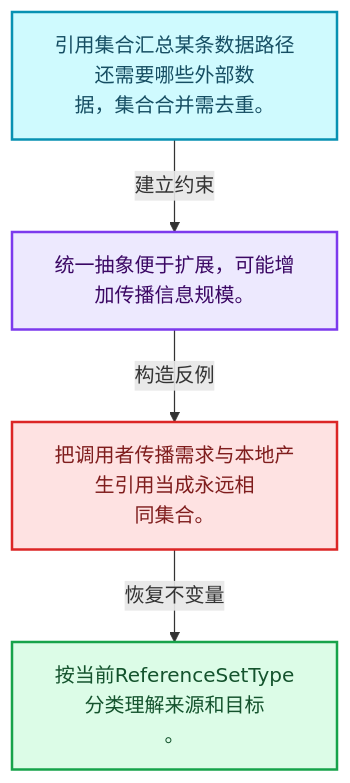
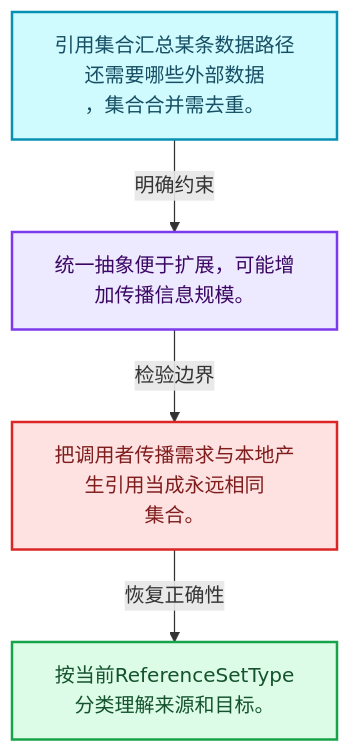
Before and after one commit to yunkezengren/blender-.vscode: the first of 4 diagrams in 杂/markdown/全面学习-codex/10-引用生命周期与Closure/02-GeometryNodesReferenceSet.md, drawn with Mermaid. The commit also changed other lines of this file and 1930 other files, not shown here.

````diff
--- a/杂/markdown/全面学习-codex/10-引用生命周期与Closure/02-GeometryNodesReferenceSet.md
+++ b/杂/markdown/全面学习-codex/10-引用生命周期与Closure/02-GeometryNodesReferenceSet.md
@@ -29,16 +29,16 @@
 ```mermaid
 flowchart TB
-  M["引用集合汇总某条数据路径还需要哪些外部数<br/>据，集合合并需去重。"]:::data
-  T["统一抽象便于扩展，可能增加传播信息规模。"]:::abstraction
-  X["把调用者传播需求与本地产生引用当成永远相<br/>同集合。"]:::error
-  A["按当前ReferenceSetType分类理解来源和目标<br/>。"]:::result
-  M -->|"建立约束"| T
-  T -->|"构造反例"| X
-  X -->|"恢复不变量"| A
+  M["引用集合汇总某条数据路径还需要哪些外部数据<br/>，集合合并需去重。"]:::data
+  C["统一抽象便于扩展，可能增加传播信息规模。"]:::abstraction
+  B["把调用者传播需求与本地产生引用当成永远相同<br/>集合。"]:::error
+  R["按当前ReferenceSetType分类理解来源和目标。"]:::result
+  M -->|"明确约束"| C
+  C -->|"检验边界"| B
+  B -->|"恢复正确性"| R
   classDef input fill:#DBEAFE,stroke:#2563EB,color:#172554,stroke-width:2px;
   classDef data fill:#CFFAFE,stroke:#0891B2,color:#164E63,stroke-width:2px;
   classDef abstraction fill:#EDE9FE,stroke:#7C3AED,color:#3B0764,stroke-width:2px;
   classDef compute fill:#FEF3C7,stroke:#D97706,color:#78350F,stroke-width:2px;
   classDef result fill:#DCFCE7,stroke:#16A34A,color:#14532D,stroke-width:2px;
   classDef error fill:#FEE2E2,stroke:#DC2626,color:#7F1D1D,stroke-width:2px;
 ```
````
